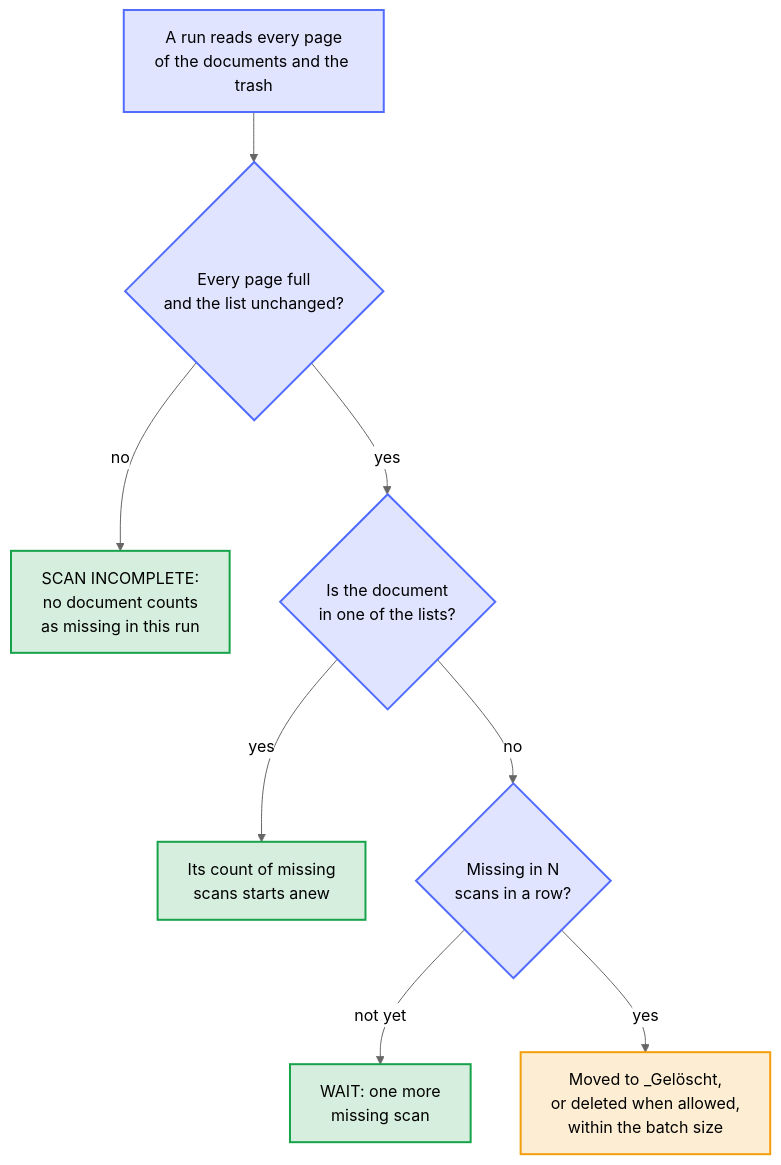
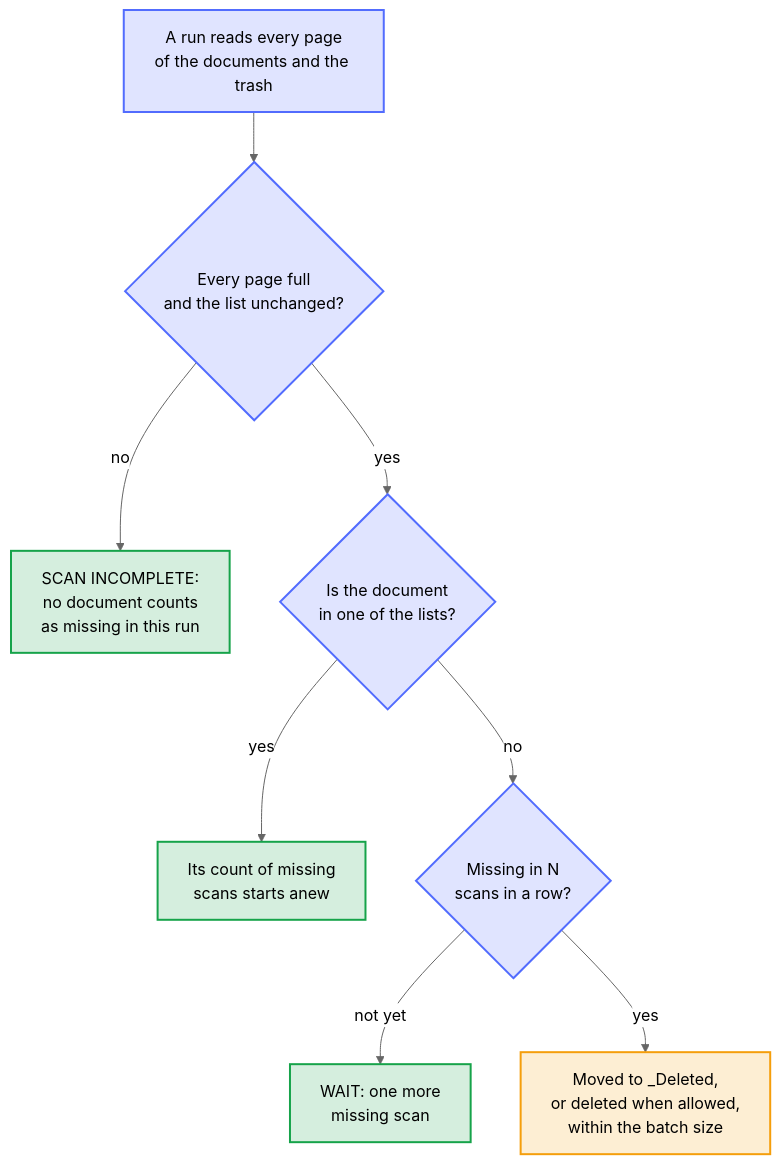
The diagram in docs/diagrams/when-a-document-counts-as-missing.mmd (Dennis-Otto/paperless-sync), drawn with Mermaid (neutral theme) before and after one commit. The commit also changed 66 other files, not shown here.

```diff
--- a/docs/diagrams/when-a-document-counts-as-missing.mmd
+++ b/docs/diagrams/when-a-document-counts-as-missing.mmd
@@ -1,17 +1,17 @@
 flowchart TB
     accTitle: When a document counts as missing
     accDescr: Every run reads all pages of the documents and of the trash of Paperless. When a page came back short or empty, or the list changed during the scan, the run reports SCAN INCOMPLETE and counts no document as missing. Otherwise, a document in one of the lists starts its count anew, and one in neither list counts one more missing scan; after N scans in a row, its copy moves to the deleted folder, or is deleted when that is allowed, within the batch size.
 
     scan["A run reads every page<br>of the documents and the trash"] --> complete{"Every page full<br>and the list unchanged?"}
     complete -->|no| incomplete["SCAN INCOMPLETE:<br>no document counts<br>as missing in this run"]
     complete -->|yes| listed{"Is the document<br>in one of the lists?"}
     listed -->|yes| reset["Its count of missing<br>scans starts anew"]
     listed -->|no| scans{"Missing in N<br>scans in a row?"}
     scans -->|not yet| wait["WAIT: one more<br>missing scan"]
-    scans -->|yes| change["Moved to _Gelöscht,<br>or deleted when allowed,<br>within the batch size"]
+    scans -->|yes| change["Moved to _Deleted,<br>or deleted when allowed,<br>within the batch size"]
     classDef check fill:#526cfe2e,stroke:#526cfe,stroke-width:2px
     classDef kept fill:#16a34a2e,stroke:#16a34a,stroke-width:2px
     classDef changed fill:#f59e0b2e,stroke:#f59e0b,stroke-width:2px
     class scan,complete,listed,scans check
     class incomplete,reset,wait kept
     class change changed
```
